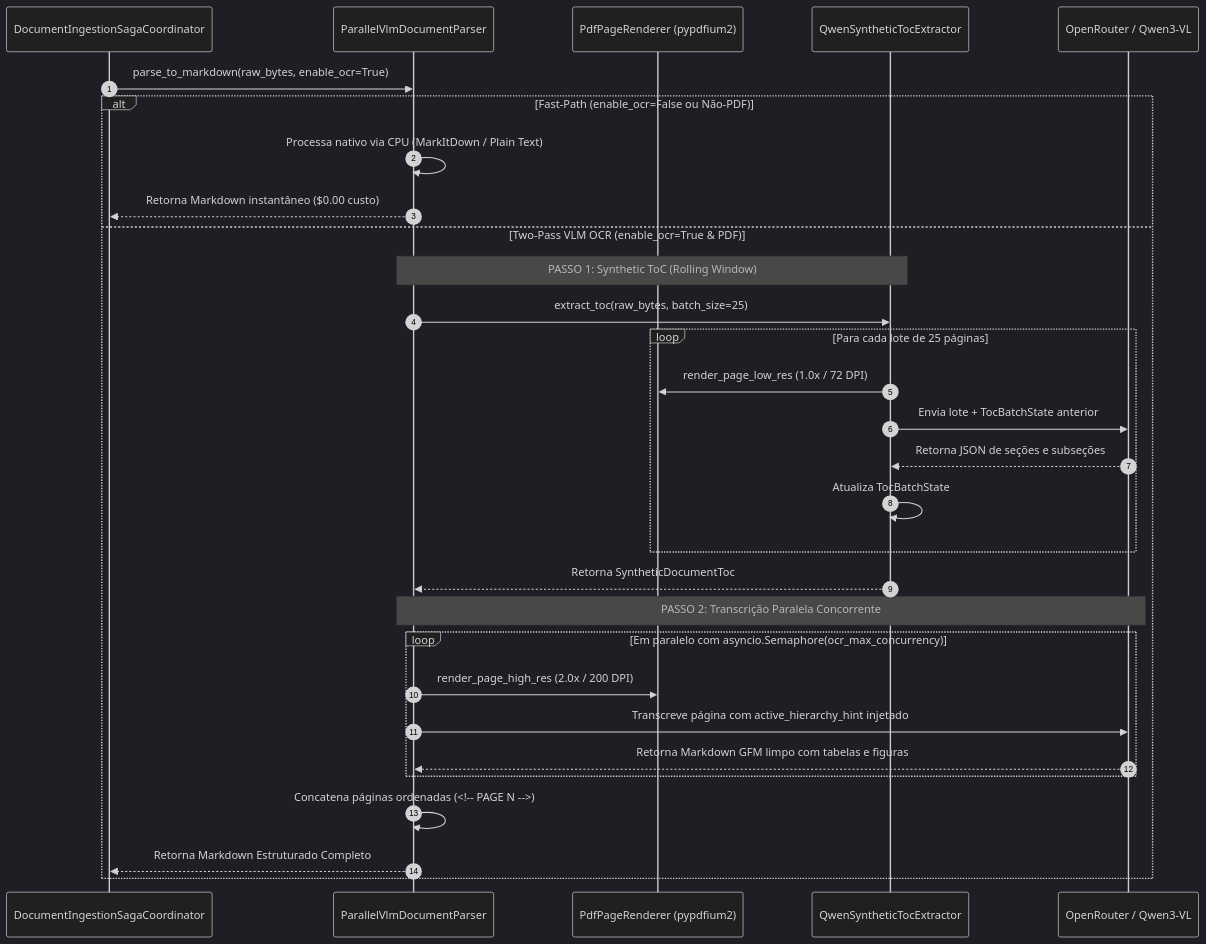
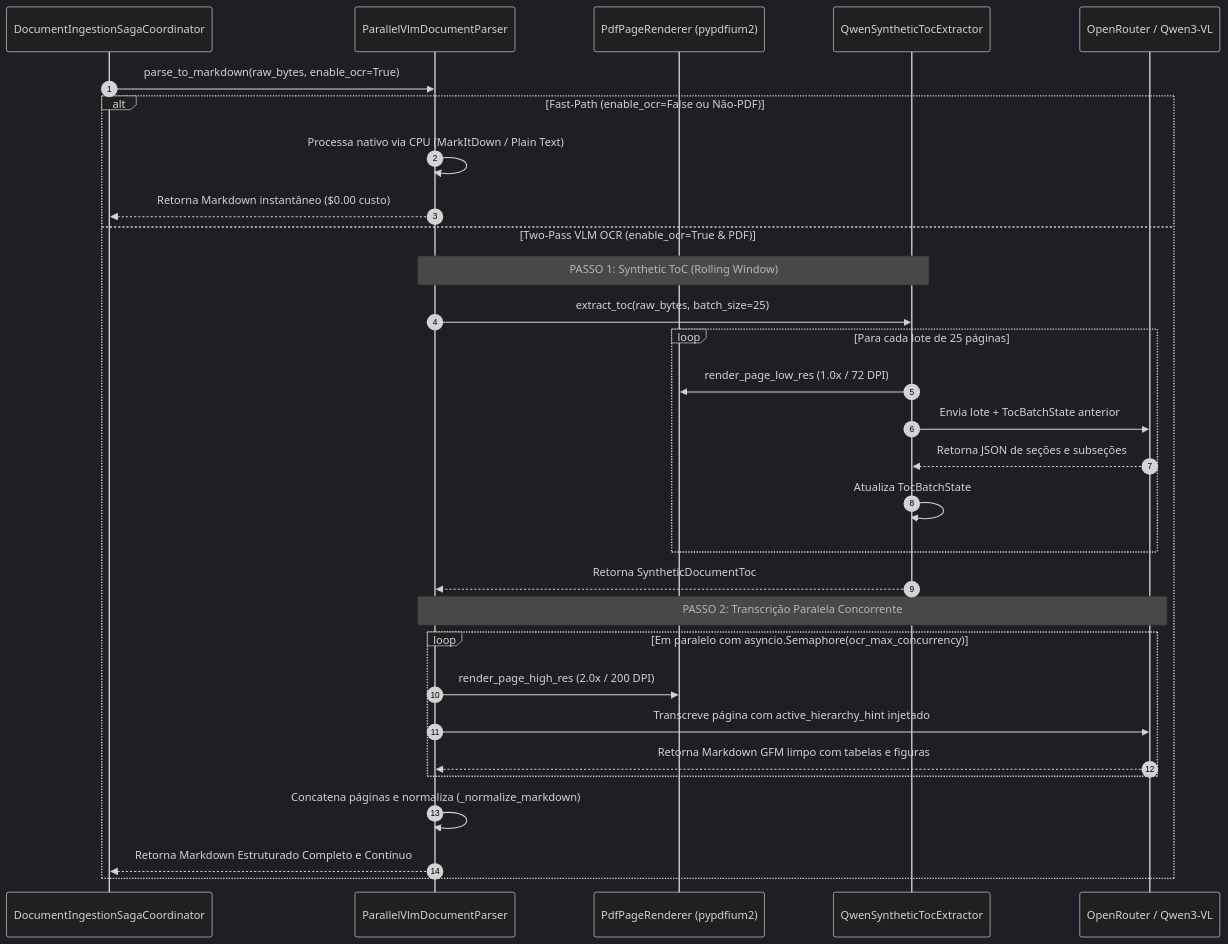
Before and after one commit to jmlapa/agentic-substrate: the diagram in SPEC-synthetic-toc-and-parallel-vlm-ocr.md, drawn with Mermaid (dark theme). The commit also changed other lines of this file and 1 other file, not shown here.

Commit message:
docs: update spec and capability map for Marco 1.19

````diff
--- a/SPEC-synthetic-toc-and-parallel-vlm-ocr.md
+++ b/SPEC-synthetic-toc-and-parallel-vlm-ocr.md
@@ -12,36 +12,36 @@
 ```mermaid
 sequenceDiagram
     autonumber
     participant Saga as DocumentIngestionSagaCoordinator
     participant Parser as ParallelVlmDocumentParser
     participant Renderer as PdfPageRenderer (pypdfium2)
     participant ToCExtractor as QwenSyntheticTocExtractor
     participant VLM as OpenRouter / Qwen3-VL
 
     Saga->>Parser: parse_to_markdown(raw_bytes, enable_ocr=True)
     
     alt Fast-Path (enable_ocr=False ou Não-PDF)
         Parser->>Parser: Processa nativo via CPU (MarkItDown / Plain Text)
         Parser-->>Saga: Retorna Markdown instantâneo ($0.00 custo)
     else Two-Pass VLM OCR (enable_ocr=True & PDF)
         Note over Parser,ToCExtractor: PASSO 1: Synthetic ToC (Rolling Window)
         Parser->>ToCExtractor: extract_toc(raw_bytes, batch_size=25)
         loop Para cada lote de 25 páginas
             ToCExtractor->>Renderer: render_page_low_res (1.0x / 72 DPI)
             ToCExtractor->>VLM: Envia lote + TocBatchState anterior
             VLM-->>ToCExtractor: Retorna JSON de seções e subseções
             ToCExtractor->>ToCExtractor: Atualiza TocBatchState
         end
         ToCExtractor-->>Parser: Retorna SyntheticDocumentToc
 
         Note over Parser,VLM: PASSO 2: Transcrição Paralela Concorrente
         loop Em paralelo com asyncio.Semaphore(ocr_max_concurrency)
             Parser->>Renderer: render_page_high_res (2.0x / 200 DPI)
             Parser->>VLM: Transcreve página com active_hierarchy_hint injetado
             VLM-->>Parser: Retorna Markdown GFM limpo com tabelas e figuras
         end
 
-        Parser->>Parser: Concatena páginas ordenadas (<!-- PAGE N -->)
-        Parser-->>Saga: Retorna Markdown Estruturado Completo
+        Parser->>Parser: Concatena páginas e normaliza (_normalize_markdown)
+        Parser-->>Saga: Retorna Markdown Estruturado Completo e Contínuo
     end
 ```
````
